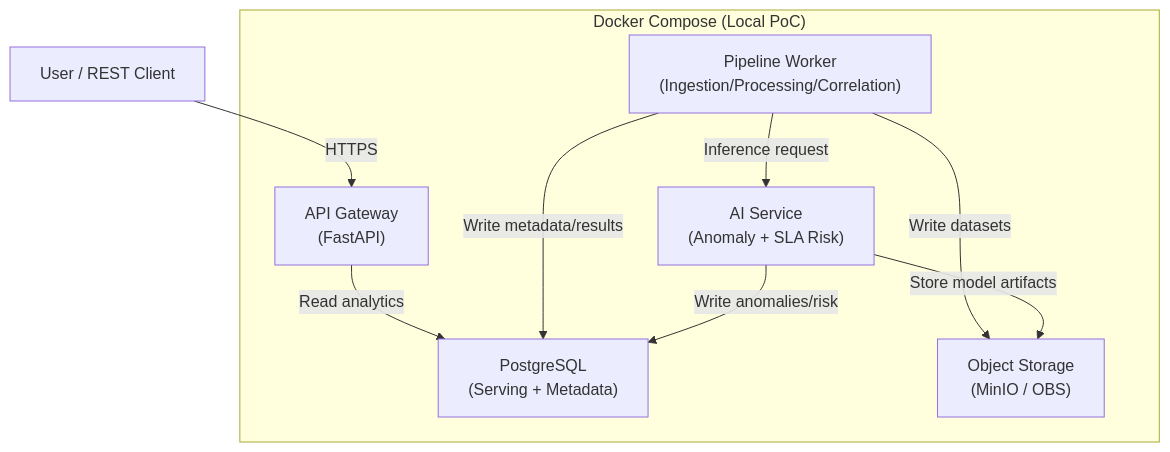
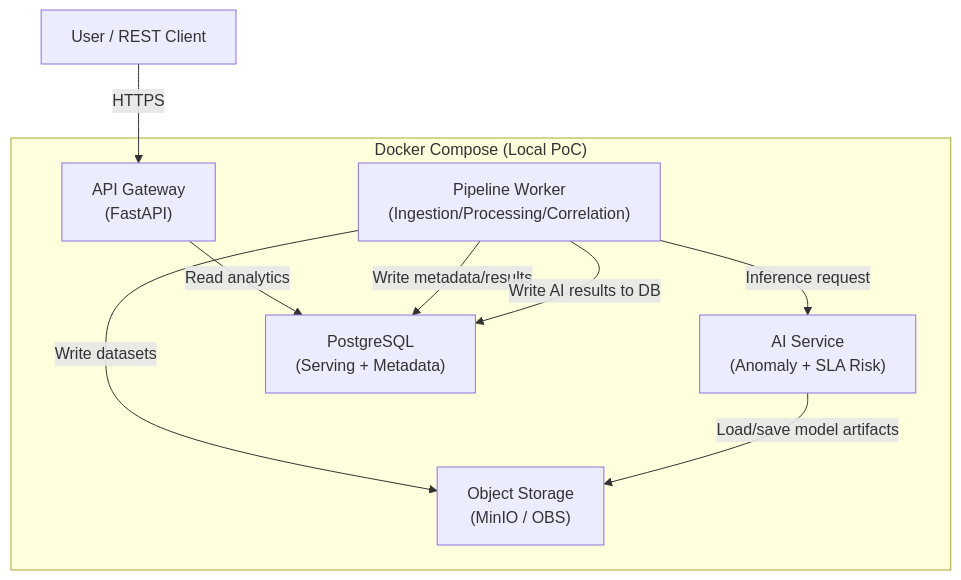
The first of 2 diagrams in docs/architecture/architecture-v1.md (souhayl1g/telecom-cloud-intelligence), drawn with Mermaid before and after one commit. The commit also changed other lines of this file and 261 other files, not shown here.

````diff
--- a/docs/architecture/architecture-v1.md
+++ b/docs/architecture/architecture-v1.md
@@ -1,22 +1,22 @@
 ```mermaid
 flowchart TB
   User["User / REST Client"]
 
   subgraph Docker["Docker Compose (Local PoC)"]
     APIGW["API Gateway\n(FastAPI)"]
     PIPE["Pipeline Worker\n(Ingestion/Processing/Correlation)"]
     AI["AI Service\n(Anomaly + SLA Risk)"]
     DB["PostgreSQL\n(Serving + Metadata)"]
     OBJ["Object Storage\n(MinIO / OBS)"]
   end
 
   User -->|HTTPS| APIGW
   APIGW -->|Read analytics| DB
 
   PIPE -->|Write datasets| OBJ
   PIPE -->|Write metadata/results| DB
   PIPE -->|Inference request| AI
+  PIPE -->|Write AI results to DB| DB
 
-  AI -->|Write anomalies/risk| DB
-  AI -->|Store model artifacts| OBJ
+  AI -->|Load/save model artifacts| OBJ
 ```
````
